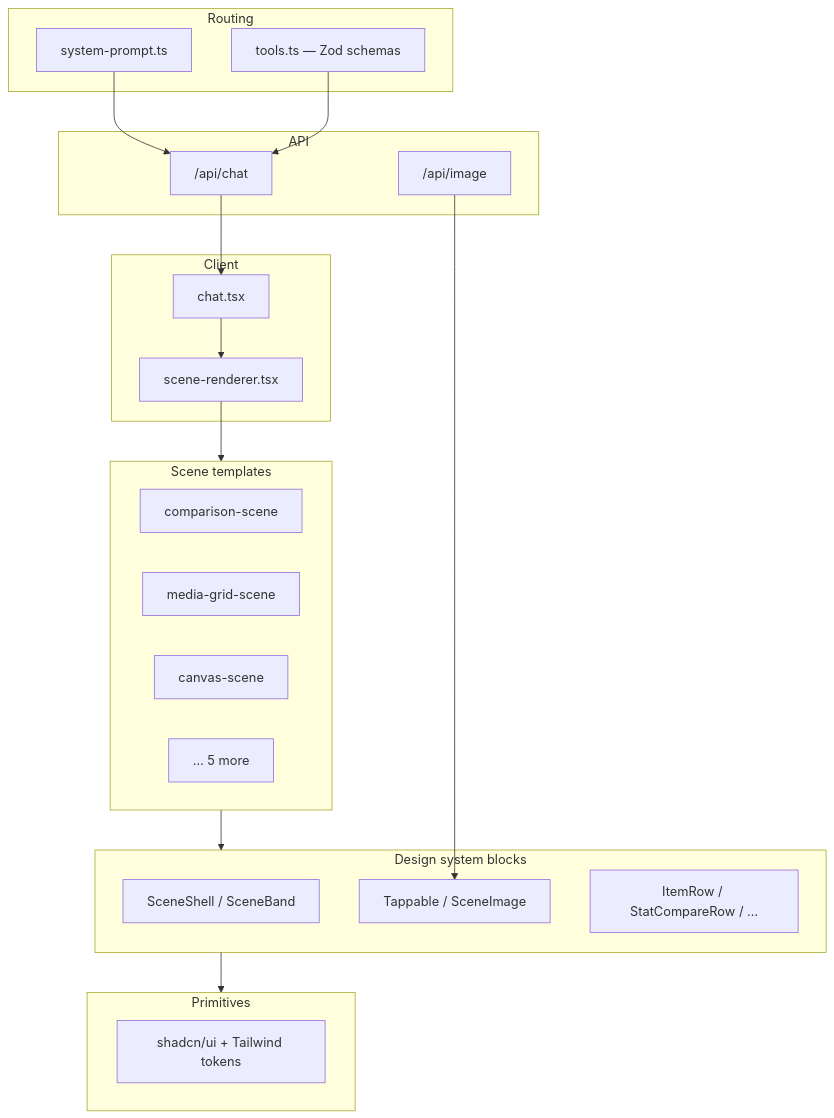
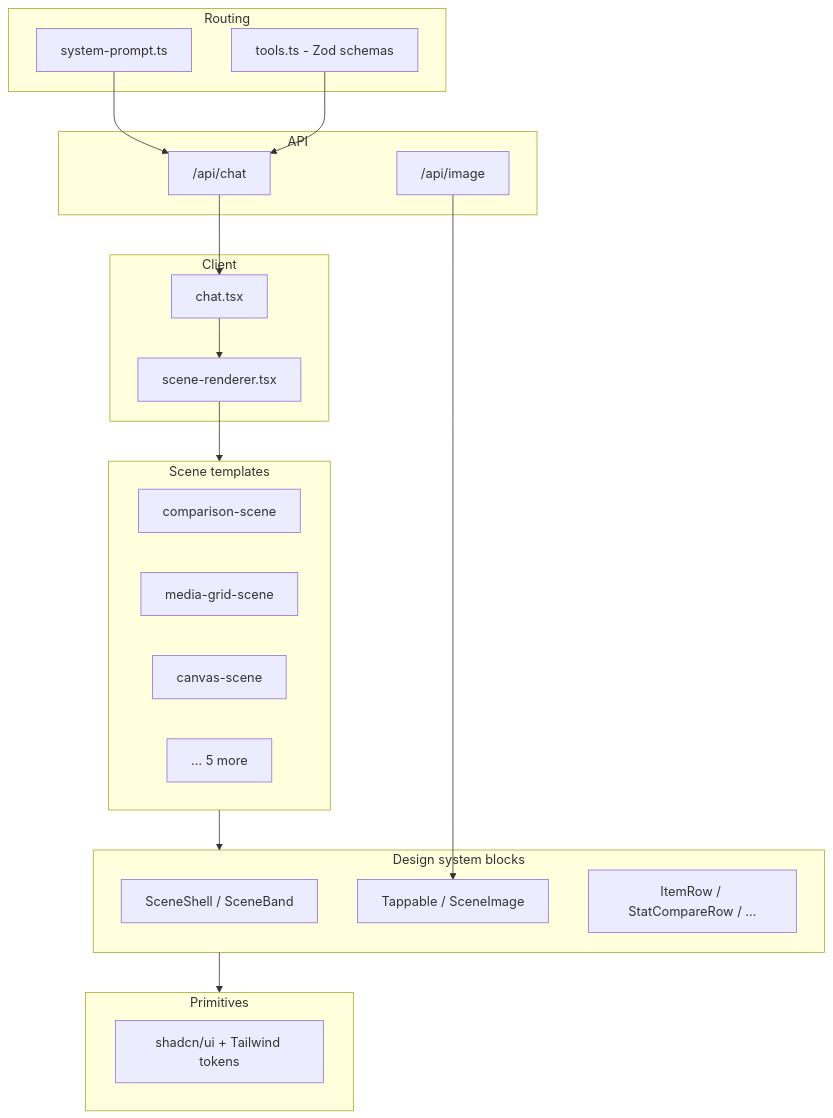
Before and after one commit to newyorkcompute/airchat: the second of 7 diagrams in ARCHITECTURE.md, drawn with Mermaid. The commit also changed other lines of this file and 28 other files, not shown here.

````diff
--- a/ARCHITECTURE.md
+++ b/ARCHITECTURE.md
@@ -64,43 +64,43 @@
 ```mermaid
 flowchart TB
   subgraph prompts["Routing"]
     SP[system-prompt.ts]
-    TS[tools.ts — Zod schemas]
+    TS[tools.ts - Zod schemas]
   end
 
   subgraph api["API"]
     R["/api/chat"]
     I["/api/image"]
   end
 
   subgraph client["Client"]
     CH[chat.tsx]
     SR[scene-renderer.tsx]
   end
 
   subgraph scenes["Scene templates"]
     S1[comparison-scene]
     S2[media-grid-scene]
     S3[canvas-scene]
     SN[… 5 more]
   end
 
   subgraph blocks["Design system blocks"]
     B1[SceneShell / SceneBand]
     B2[Tappable / SceneImage]
     B3[ItemRow / StatCompareRow / …]
   end
 
   subgraph ui["Primitives"]
     U[shadcn/ui + Tailwind tokens]
   end
 
   SP --> R
   TS --> R
   R --> CH
   CH --> SR
   SR --> scenes
   scenes --> blocks
   blocks --> ui
   I --> B2
 ```
````
